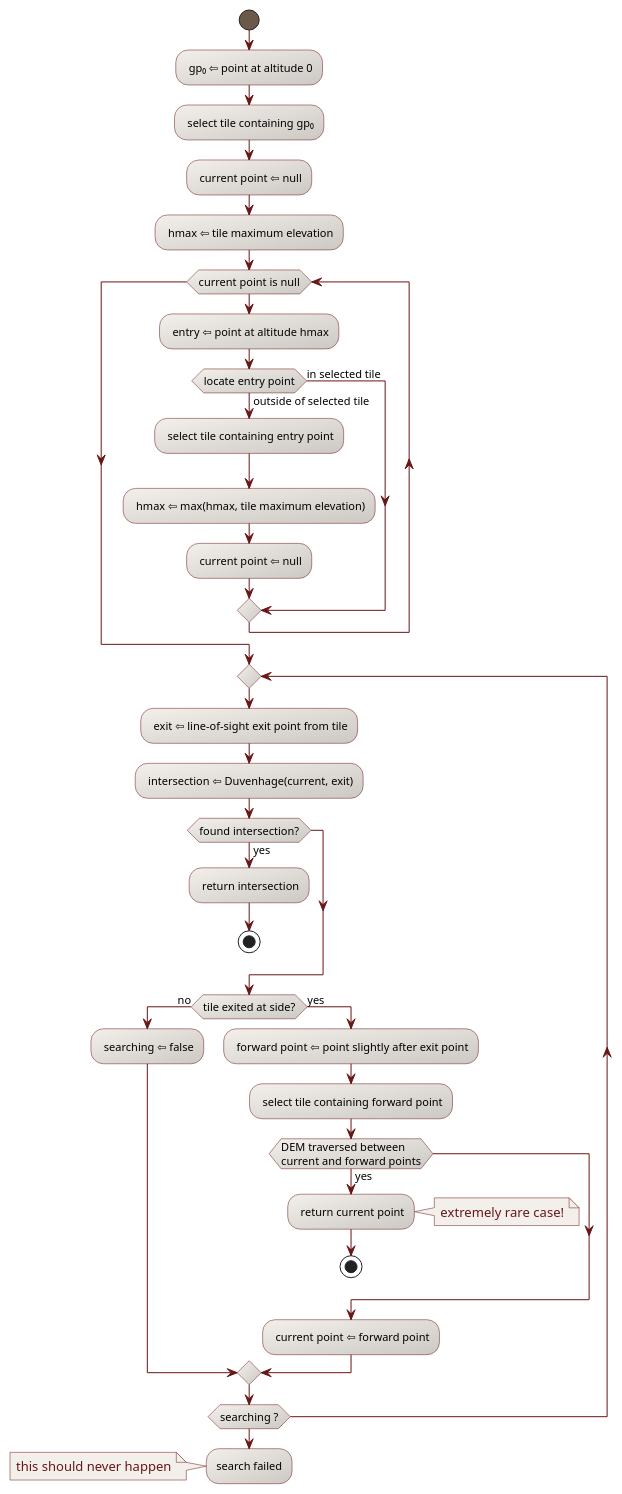
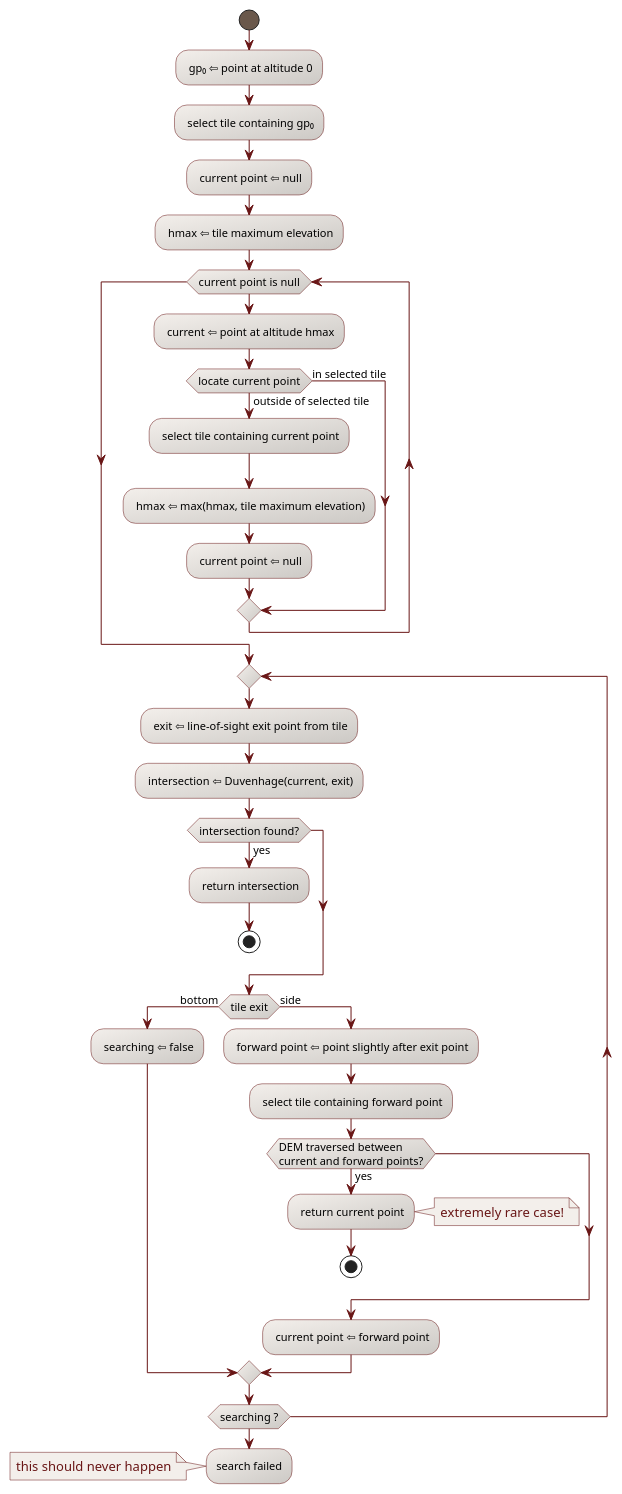
One commit to CS-SI/Rugged changed the diagram in design/duvenhage-top-loop-activity-diagram.puml. Above: the diagram before and after it, drawn with PlantUML. The commit also changed 1 other file, not shown here.

Commit message:
Improved activity diagrams.

```diff
--- a/design/duvenhage-top-loop-activity-diagram.puml
+++ b/design/duvenhage-top-loop-activity-diagram.puml
@@ -17,56 +17,56 @@
 @startuml
 
   skinparam svek                                true
   skinparam NoteBackgroundColor                 #F3EFEB
   skinparam NoteBorderColor                     #691616
   skinparam NoteFontColor                       #691616
   skinparam ActivityStartColor                  #6A584B
   skinparam ActivityEndColor                    #6A584B
   skinparam ActivityBarColor                    #6A584B
   skinparam ActivityBorderColor                 #691616
   skinparam ActivityBackgroundColor             #F3EFEB/CCC9C5
   skinparam ActivityArrowColor                  #691616
   skinparam ActivityFontSize                    11
 
   start
   : gp₀ ⇦ point at altitude 0;
   : select tile containing gp₀;
   : current point ⇦ null;
   : hmax ⇦ tile maximum elevation;
   while (current point is null)
-    : entry ⇦ point at altitude hmax;
-    if (locate entry point) then (in selected tile)
+    : current ⇦ point at altitude hmax;
+    if (locate current point) then (in selected tile)
     else (outside of selected tile)
-      : select tile containing entry point;
+      : select tile containing current point;
       : hmax ⇦ max(hmax, tile maximum elevation);
       : current point ⇦ null;
     endif
   endwhile
   repeat
     : exit ⇦ line-of-sight exit point from tile;
     : intersection ⇦ Duvenhage(current, exit);
-    if (found intersection?) then (yes)
+    if (intersection found?) then (yes)
       : return intersection;
       stop
     endif
-    if (tile exited at side?) then (no)
+    if (tile exit) then (bottom)
       : searching ⇦ false;
-    else (yes)
+    else (side)
       : forward point ⇦ point slightly after exit point;
       : select tile containing forward point;
-      if (DEM traversed between\ncurrent and forward points) then (yes)
+      if (DEM traversed between\ncurrent and forward points?) then (yes)
         : return current point;
         note right
          extremely rare case!
         end note
         stop
       endif
       : current point ⇦ forward point;
     endif
   repeat while (searching ?)
   :search failed;
   note left
     this should never happen
   end note
 
 @enduml
```
